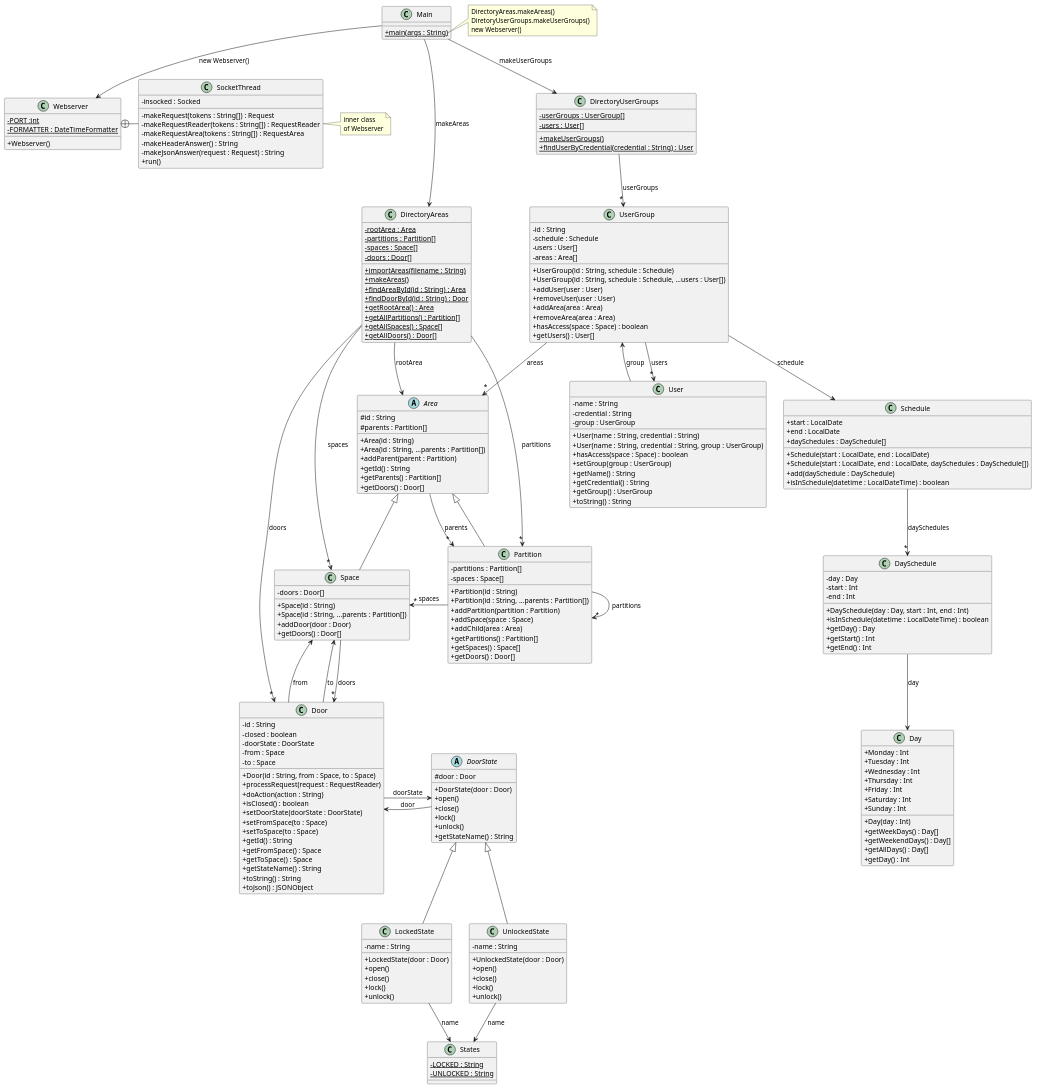
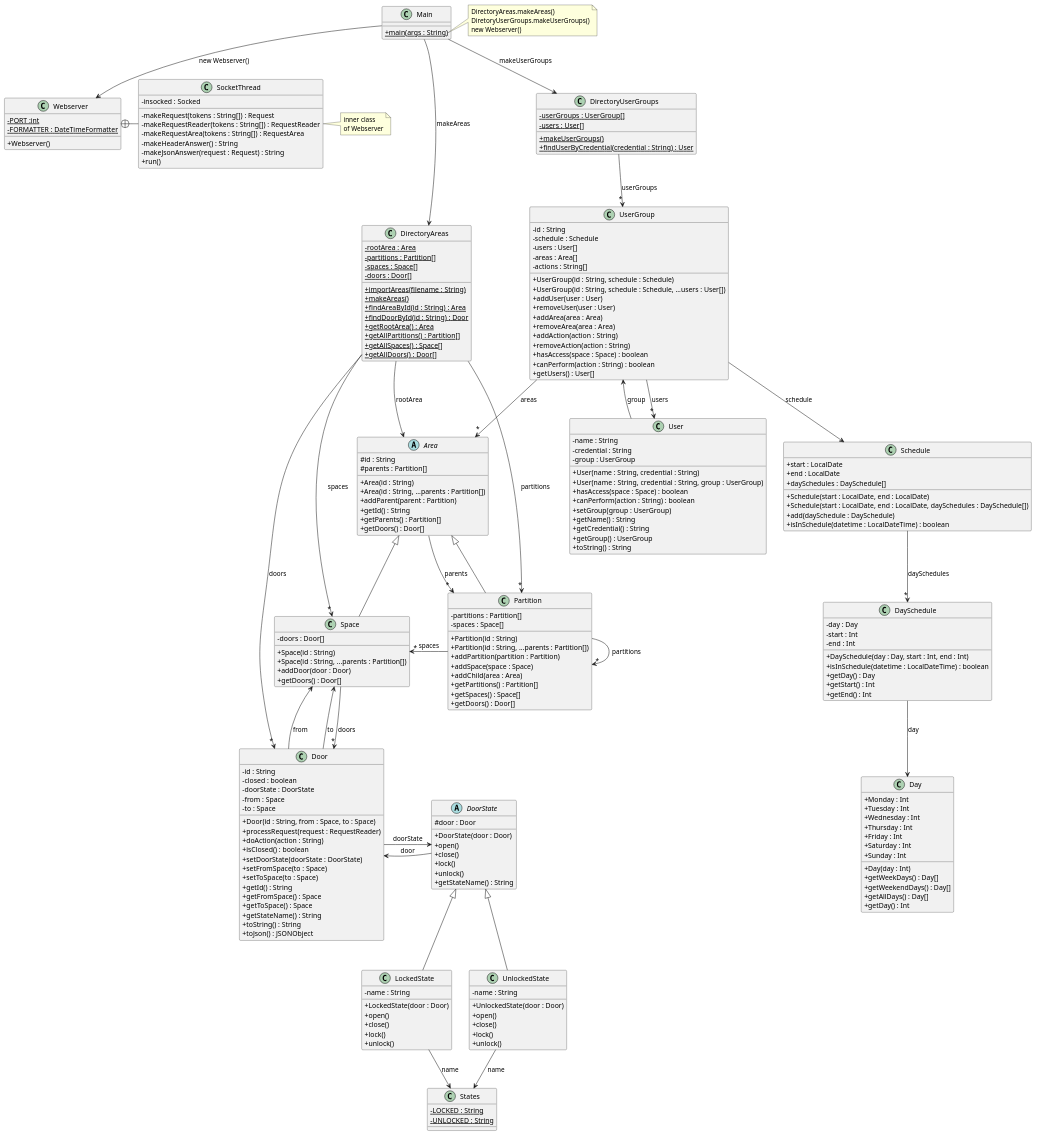
The diagram in src/baseNoStates/uml/base_no_states.puml (joan667/Acces_Control), drawn with PlantUML before and after one commit. The commit also changed 1 other file, not shown here.

Commit message:
Do actions in schedule

```diff
--- a/src/baseNoStates/uml/base_no_states.puml
+++ b/src/baseNoStates/uml/base_no_states.puml
@@ -184,13 +184,17 @@
 - schedule : Schedule
 - users : User[]
 - areas : Area[]
+- actions : String[]
 + UserGroup(id : String, schedule : Schedule)
 + UserGroup(id : String, schedule : Schedule, ...users : User[])
 + addUser(user : User)
 + removeUser(user : User)
 + addArea(area : Area)
 + removeArea(area : Area)
++ addAction(action : String)
++ removeAction(action : String)
 + hasAccess(space : Space) : boolean
++ canPerform(action : String) : boolean
 + getUsers() : User[]
 }
 
@@ -204,6 +208,7 @@
 + User(name : String, credential : String)
 + User(name : String, credential : String, group : UserGroup)
 + hasAccess(space : Space) : boolean
++ canPerform(action : String) : boolean
 + setGroup(group : UserGroup)
 + getName() : String
 + getCredential() : String
```
